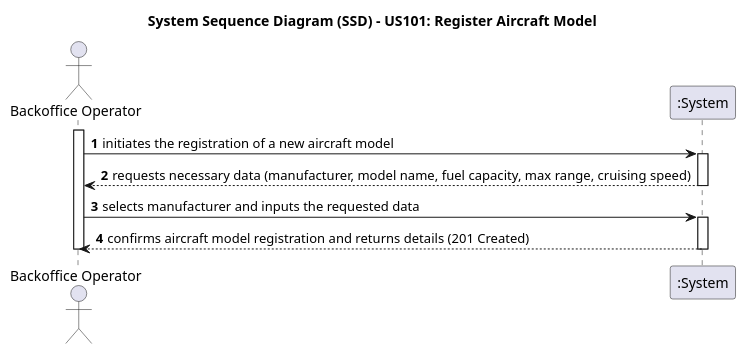
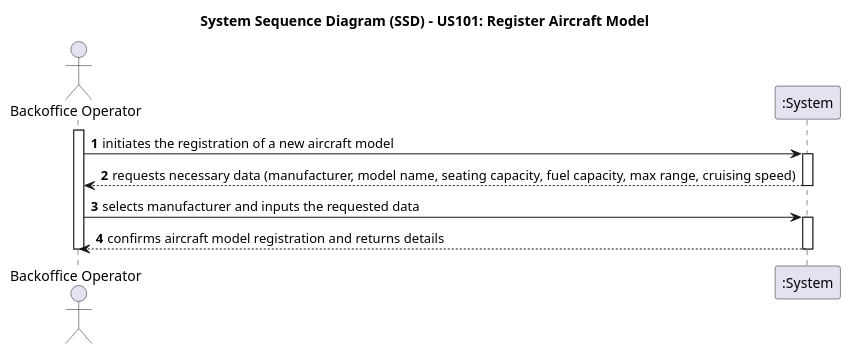
The diagram in docs/use-cases/WP#1A/US101/puml/US101-SSD.puml (Andre-1240567/psoft2026_2DB_1240567_1241013_1240624), drawn with PlantUML before and after one commit. The commit also changed 26 other files, not shown here.

```diff
--- a/docs/use-cases/WP#1A/US101/puml/US101-SSD.puml
+++ b/docs/use-cases/WP#1A/US101/puml/US101-SSD.puml
@@ -1,19 +1,21 @@
 @startuml US101-SSD
 autonumber
 title System Sequence Diagram (SSD) - US101: Register Aircraft Model
 
 actor "Backoffice Operator" as Operator
 participant ":System" as System
 
 activate Operator
 Operator -> System: initiates the registration of a new aircraft model
 activate System
-System --> Operator: requests necessary data (manufacturer, model name, fuel capacity, max range, cruising speed)
+
+System --> Operator: requests necessary data (manufacturer, model name, seating capacity, fuel capacity, max range, cruising speed)
 deactivate System
 
 Operator -> System: selects manufacturer and inputs the requested data
 activate System
-System --> Operator: confirms aircraft model registration and returns details (201 Created)
+
+System --> Operator: confirms aircraft model registration and returns details
 deactivate System
 deactivate Operator
 @enduml
```
